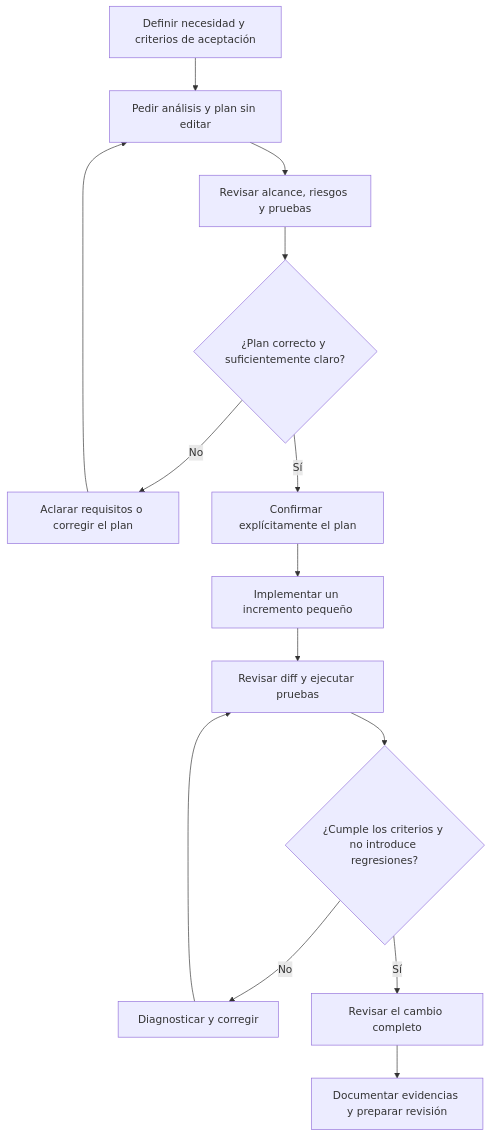
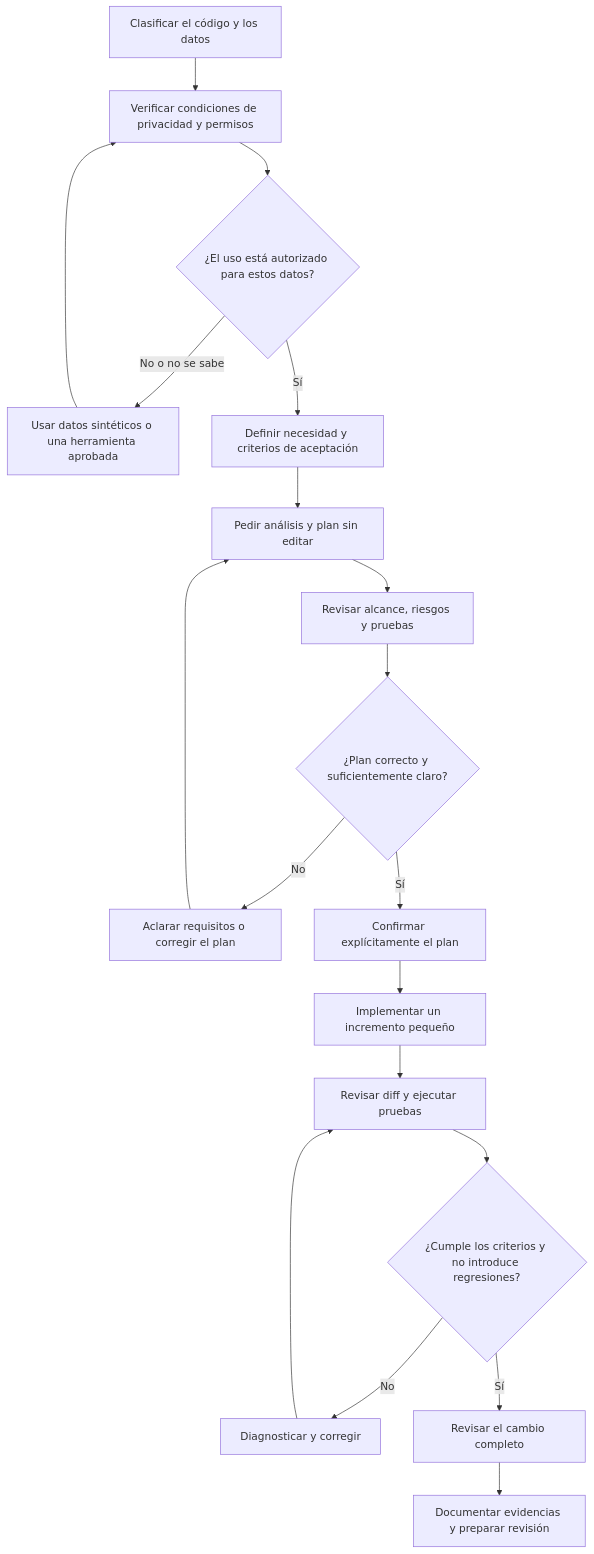
One commit to sigdeletras/ai-assisted-development-guide changed the diagram in laboratorio/05-desarrollo-funcionalidad-ia/README.md. Above: the diagram before and after it, drawn with Mermaid. The commit also changed other lines of this file, not shown here.

````diff
--- a/laboratorio/05-desarrollo-funcionalidad-ia/README.md
+++ b/laboratorio/05-desarrollo-funcionalidad-ia/README.md
@@ -115,16 +137,21 @@
 ```mermaid
 flowchart TD
-    A["Definir necesidad y criterios de aceptación"] --> B["Pedir análisis y plan sin editar"]
-    B --> C["Revisar alcance, riesgos y pruebas"]
-    C --> D{"¿Plan correcto y suficientemente claro?"}
-    D -- "No" --> E["Aclarar requisitos o corregir el plan"]
-    E --> B
-    D -- "Sí" --> F["Confirmar explícitamente el plan"]
-    F --> G["Implementar un incremento pequeño"]
-    G --> H["Revisar diff y ejecutar pruebas"]
-    H --> I{"¿Cumple los criterios y no introduce regresiones?"}
-    I -- "No" --> J["Diagnosticar y corregir"]
-    J --> H
-    I -- "Sí" --> K["Revisar el cambio completo"]
-    K --> L["Documentar evidencias y preparar revisión"]
+    A["Clasificar el código y los datos"] --> B["Verificar condiciones de privacidad y permisos"]
+    B --> C{"¿El uso está autorizado para estos datos?"}
+    C -- "No o no se sabe" --> D["Usar datos sintéticos o una herramienta aprobada"]
+    D --> B
+    C -- "Sí" --> E["Definir necesidad y criterios de aceptación"]
+    E --> F["Pedir análisis y plan sin editar"]
+    F --> G["Revisar alcance, riesgos y pruebas"]
+    G --> H{"¿Plan correcto y suficientemente claro?"}
+    H -- "No" --> I["Aclarar requisitos o corregir el plan"]
+    I --> F
+    H -- "Sí" --> J["Confirmar explícitamente el plan"]
+    J --> K["Implementar un incremento pequeño"]
+    K --> L["Revisar diff y ejecutar pruebas"]
+    L --> M{"¿Cumple los criterios y no introduce regresiones?"}
+    M -- "No" --> N["Diagnosticar y corregir"]
+    N --> L
+    M -- "Sí" --> O["Revisar el cambio completo"]
+    O --> P["Documentar evidencias y preparar revisión"]
 ```
````
